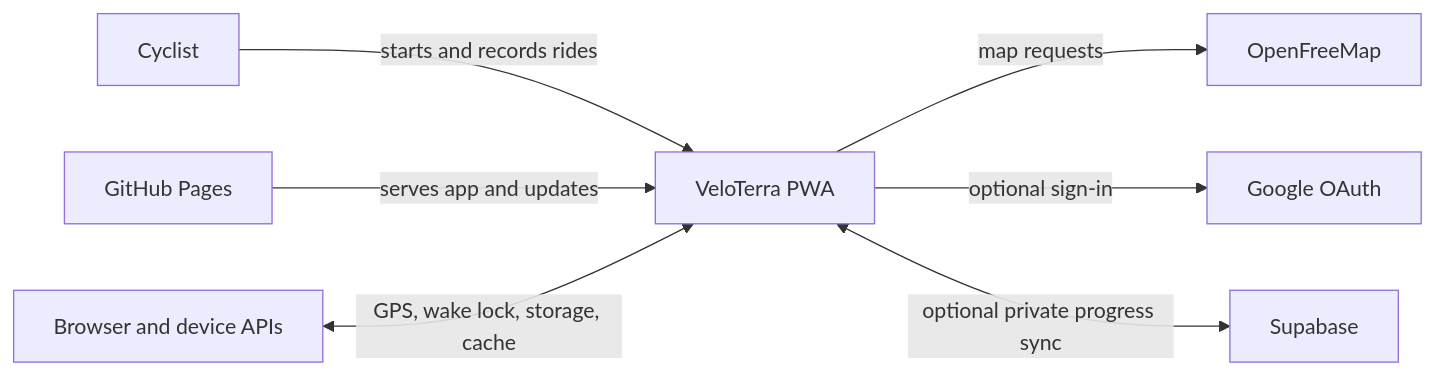
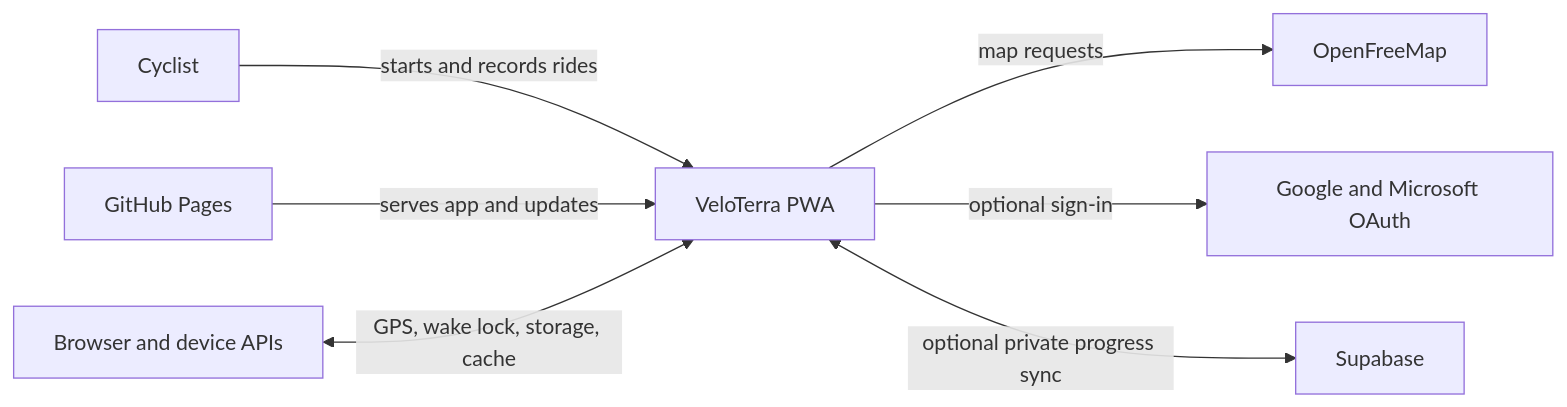
Before and after one commit to MadCowDevelopment/veloterra: the diagram in Architecture/4-System-Scope-and-Context/4.1-Business-Context.md, drawn with Mermaid. The commit also changed other lines of this file and 19 other files, not shown here.

Commit message:
feat: add Microsoft OAuth support alongside Google for enhanced authentication options

````diff
--- a/Architecture/4-System-Scope-and-Context/4.1-Business-Context.md
+++ b/Architecture/4-System-Scope-and-Context/4.1-Business-Context.md
@@ -9,9 +9,9 @@
 ```mermaid
 graph LR
     Cyclist[Cyclist] -->|starts and records rides| VeloTerra[VeloTerra PWA]
     VeloTerra -->|map requests| OFM[OpenFreeMap]
-    VeloTerra -->|optional sign-in| Google[Google OAuth]
+    VeloTerra -->|optional sign-in| Identity[Google and Microsoft OAuth]
     VeloTerra <-->|optional private progress sync| Supabase[Supabase]
     GitHub[GitHub Pages] -->|serves app and updates| VeloTerra
     Device[Browser and device APIs] <-->|GPS, wake lock, storage, cache| VeloTerra
 ```
````
